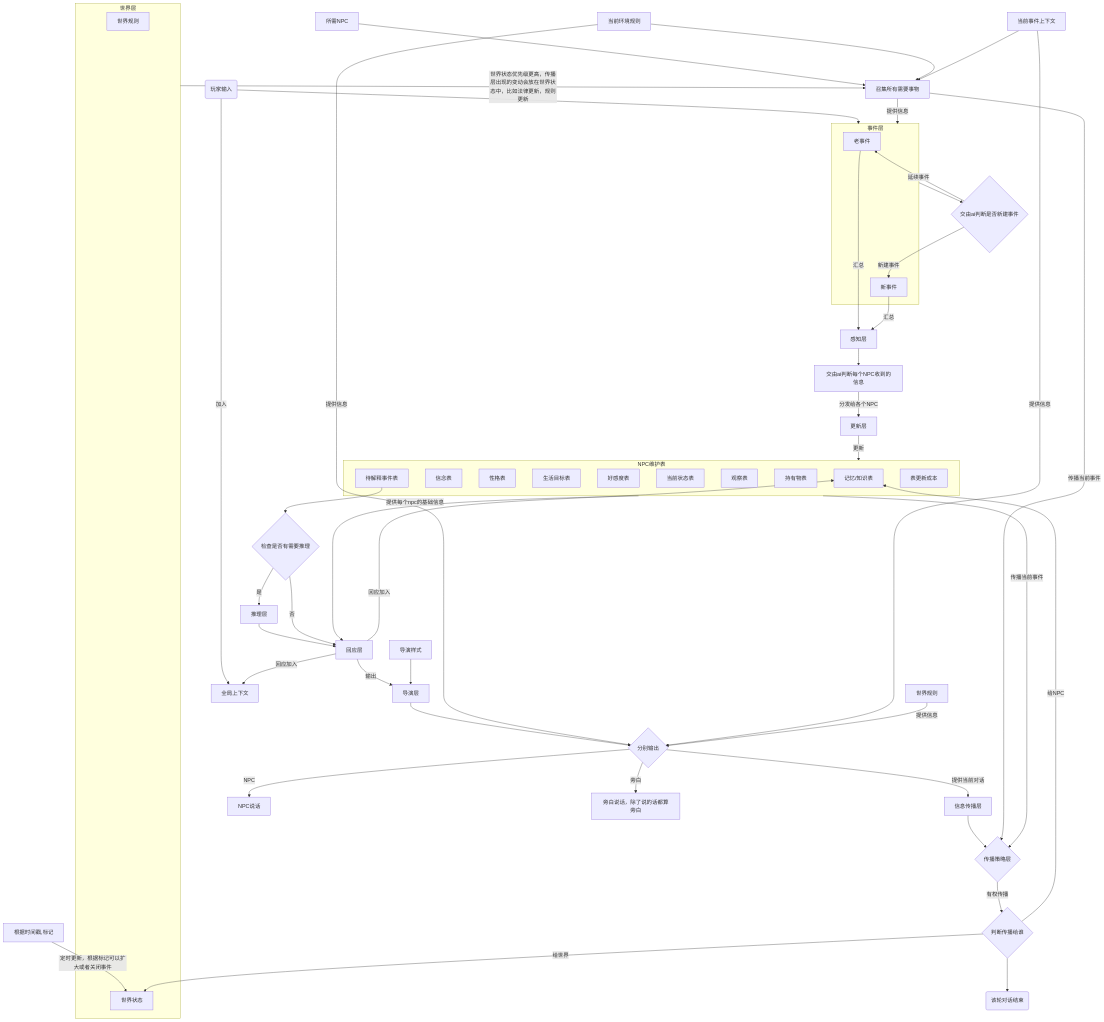
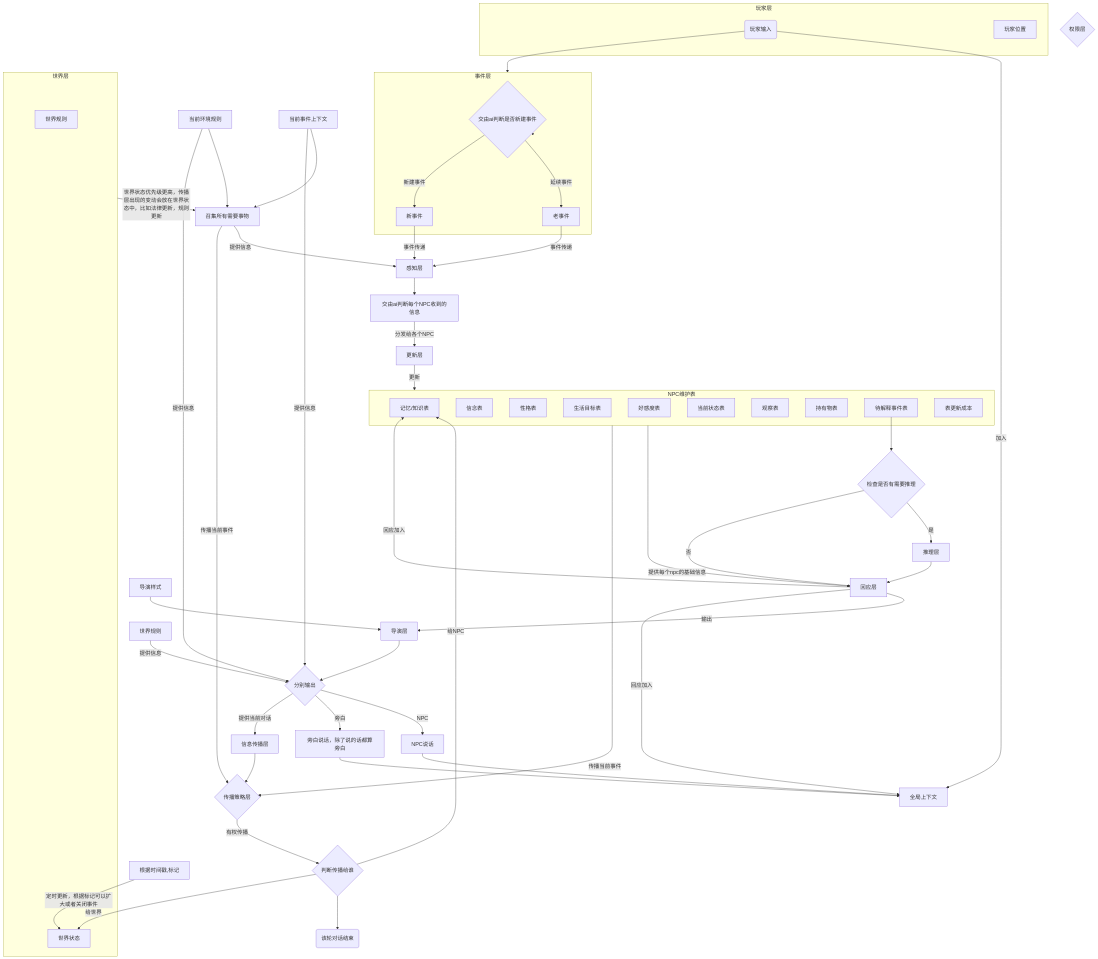
Before and after one commit to tgfydzs/A.gushi: the diagram in 流程图.mmd, drawn with Mermaid. The commit also changed 6 other files, not shown here.

```diff
--- a/流程图.mmd
+++ b/流程图.mmd
@@ -1,92 +1,108 @@
 flowchart TB
 
 subgraph a2[事件层]
+a3
 event_old
 event1
 end
 
+judge1{权限层}
+
+
+
+
 
 %% 标准流程
-a1(玩家输入) --> a2[事件层] --> a3{交由ai判断是否新建事件} --延续事件-->event_old[老事件] --汇总--> a4[感知层] --> ai1[交由ai判断每个NPC收到的信息] --分发给各个NPC--> a5[更新层]
+a1(玩家输入) --> a2[事件层] --> a3{交由ai判断是否新建事件} --延续事件-->event_old[老事件] --事件传递--> a4[感知层] --> ai1[交由ai判断每个NPC收到的信息] --分发给各个NPC--> a5[更新层]
 a6[推理层] --> a7[回应层] --输出--> a8[导演层]
 a9[信息传播层] --> leve1{传播策略层} --有权传播--> p3{判断传播给谁} --> a10(该轮对话结束)
-a11[NPC说话]
-a12[旁白说话，除了说的话都算旁白]
+a11[NPC说话] --> list1
+a12[旁白说话，除了说的话都算旁白] --> list1
 
 
 a1 --加入--> list1[全局上下文]
 
 
+subgraph palyer[玩家层]
+a1
+player1[玩家位置]
+
+
+end
+
+
+
+
 %% 新建事件
-a3 --新建事件--> event1[新事件] --汇总--> a4
+a3 --新建事件--> event1[新事件] --事件传递--> a4
 
 %% 世界层
 subgraph 世界层
 world1[世界规则]
 world2[世界状态]
 end
 
 根据时间戳,标记 --定时更新，根据标记可以扩大或者关闭事件--> world2
 
-%% 事件层工作
+%% 更新层工作
 
-所需NPC & 当前环境规则 & 当前事件上下文 --> call1
+当前环境规则 & 当前事件上下文 --> call1
 世界层 --世界状态优先级更高，传播层出现的变动会放在世界状态中，比如法律更新，规则更新--> call1
 
-call1[召集所有需要事物] --提供信息--> a2
+call1[召集所有需要事物] --提供信息--> a4
 
 
 %% 感知层
 
 
 
 %% 更新层
 subgraph NPC维护表
 form1[记忆/知识表]
 form2[信念表]
 form3[性格表]
 form4[生活目标表]
 form5[好感度表]
 form6[当前状态表]
 form7[观察表]
 form8[持有物表]
 form9[待解释事件表]
 form10[表更新成本]
 end
 
 a5 --更新--> NPC维护表
 
 
 
 %% 推理层
 form9 --> p1{检查是否有需要推理} --是--> a6
 
 %% 事件举例：1.现在王宫需要救援，各位有什么办法进去么？npc1：不知道。npc2：我们可以飞进去。npc3：我知道一条密道。2.那好，npc3你跟npc1去密道，npc2跟我飞进去。
 
 
 
 %% 回应层
 p1 --否--> a7
 NPC维护表 --提供每个npc的基础信息--> a7
 a7 --回应加入--> list1 & form1
 
 %% 导演层
 list2[导演样式] --> a8
 
 a8 --> p2{分别输出} --NPC--> a11
 p2 --旁白--> a12
 
 当前环境规则 & 当前事件上下文 & 世界规则 --提供信息--> p2
 
 p2 --提供当前对话--> a9
 
 
 
 %% 信息传播层
 %% 举例：我们得去谋杀xxx，这个就不能传播到xxx，因为是密谋；我现在立刻写信给xxx，这就应该传播到xxx的知识里
 p3 --给NPC--> form1
 p3 --给世界--> world2
 
 
 %% 权限层
 call1 & NPC维护表 --传播当前事件--> leve1
```
